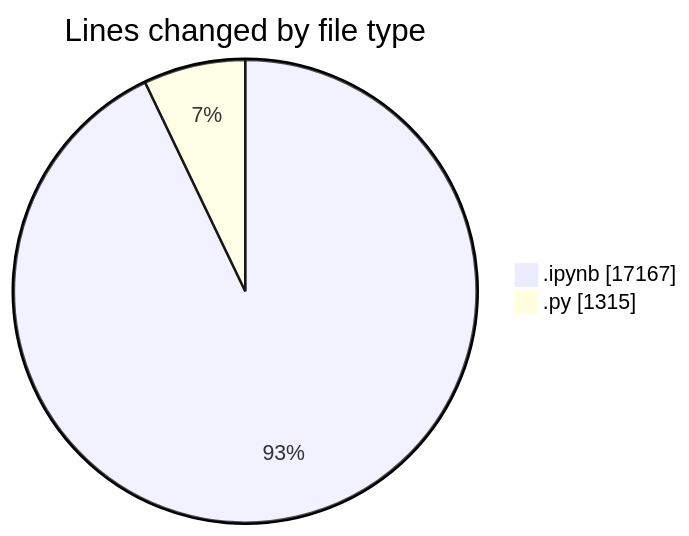
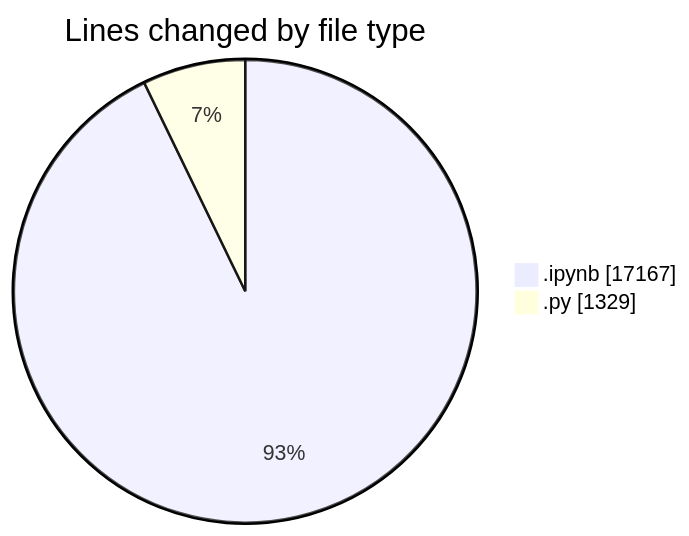
Before and after one commit to MatusMokan/code-tracking: the first of 2 diagrams in 2025-05-07/myws__workspace_/README.md, drawn with Mermaid. The commit also changed other lines of this file and 1 other file, not shown here.

````diff
--- a/2025-05-07/myws__workspace_/README.md
+++ b/2025-05-07/myws__workspace_/README.md
@@ -21,6 +21,6 @@
 ```mermaid
 pie showData
 title Lines changed by file type
 ".ipynb" : 17167
-".py" : 1315
+".py" : 1329
 ```
````
